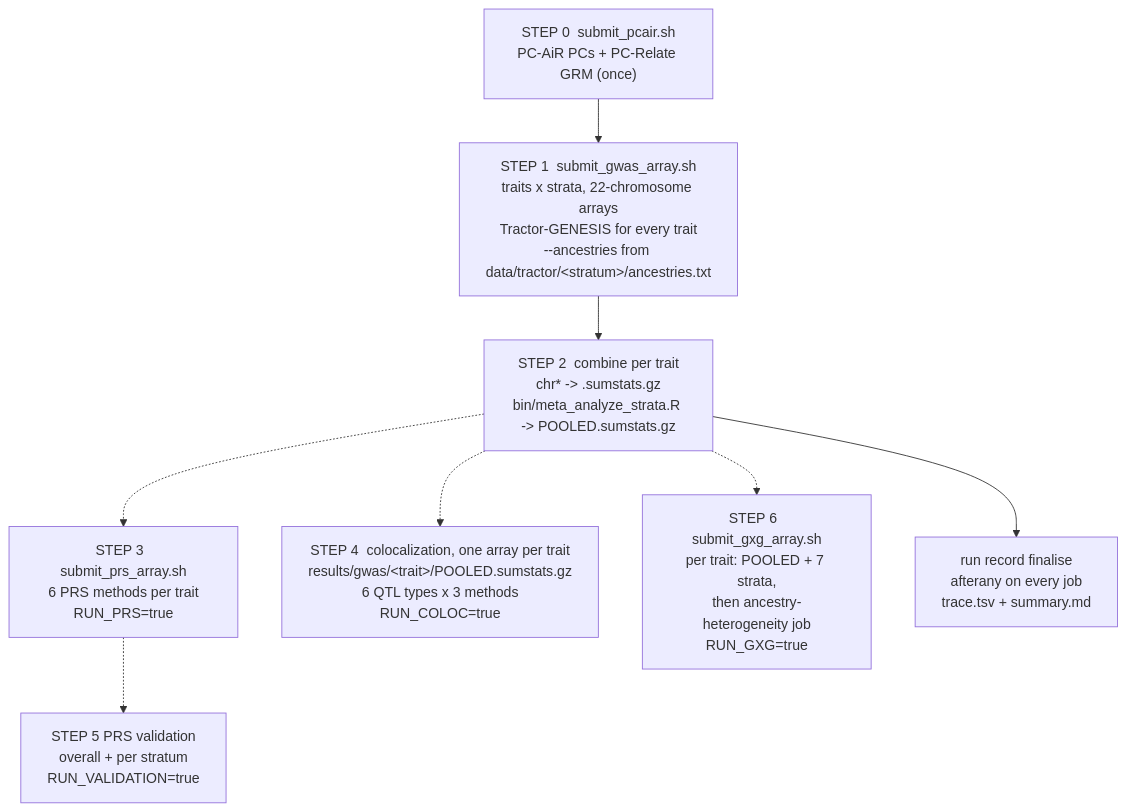
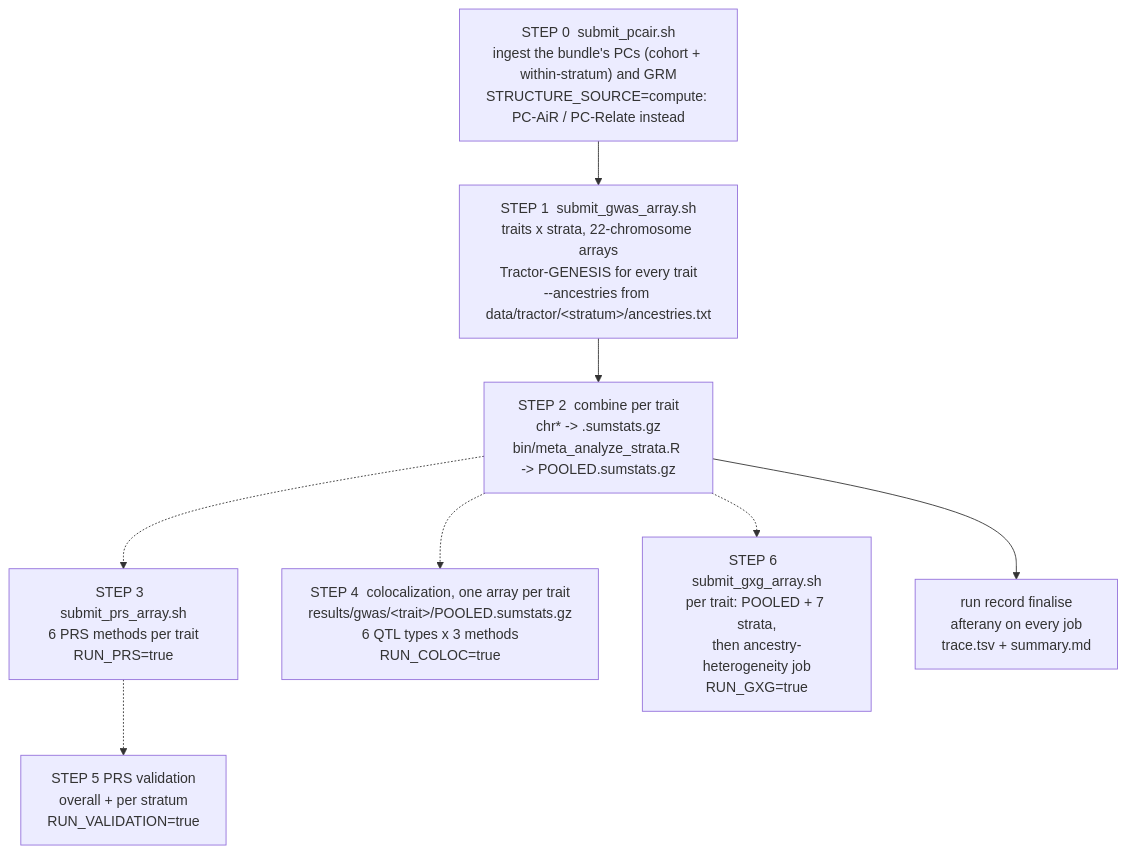
The fourth of 4 diagrams in docs/WORKFLOW.md (chrisrob3312/Nextflow_GWAS_pipeline), drawn with Mermaid before and after one commit. The commit also changed other lines of this file and 11 other files, not shown here.

````diff
--- a/docs/WORKFLOW.md
+++ b/docs/WORKFLOW.md
@@ -185,17 +185,17 @@
 ```mermaid
 flowchart TD
-    S0["STEP 0  submit_pcair.sh<br/>PC-AiR PCs + PC-Relate GRM (once)"]
+    S0["STEP 0  submit_pcair.sh<br/>ingest the bundle's PCs (cohort + within-stratum) and GRM<br/>STRUCTURE_SOURCE=compute: PC-AiR / PC-Relate instead"]
     S1["STEP 1  submit_gwas_array.sh<br/>traits x strata, 22-chromosome arrays<br/>Tractor-GENESIS for every trait<br/>--ancestries from data/tractor/&lt;stratum&gt;/ancestries.txt"]
     S0 --> S1
     S2["STEP 2  combine per trait<br/>chr* -> <stratum>.sumstats.gz<br/>bin/meta_analyze_strata.R -> POOLED.sumstats.gz"]
     S3["STEP 3  submit_prs_array.sh<br/>6 PRS methods per trait<br/>RUN_PRS=true"]
     S4["STEP 4  colocalization, one array per trait<br/>results/gwas/&lt;trait&gt;/POOLED.sumstats.gz<br/>6 QTL types x 3 methods<br/>RUN_COLOC=true"]
     S5["STEP 5  PRS validation<br/>overall + per stratum<br/>RUN_VALIDATION=true"]
     S6["STEP 6  submit_gxg_array.sh<br/>per trait: POOLED + 7 strata,<br/>then ancestry-heterogeneity job<br/>RUN_GXG=true"]
     F["run record finalise<br/>afterany on every job<br/>trace.tsv + summary.md"]
     S1 --> S2
     S2 -.-> S3 -.-> S5
     S2 -.-> S4
     S2 -.-> S6
     S2 --> F
 ```
````
